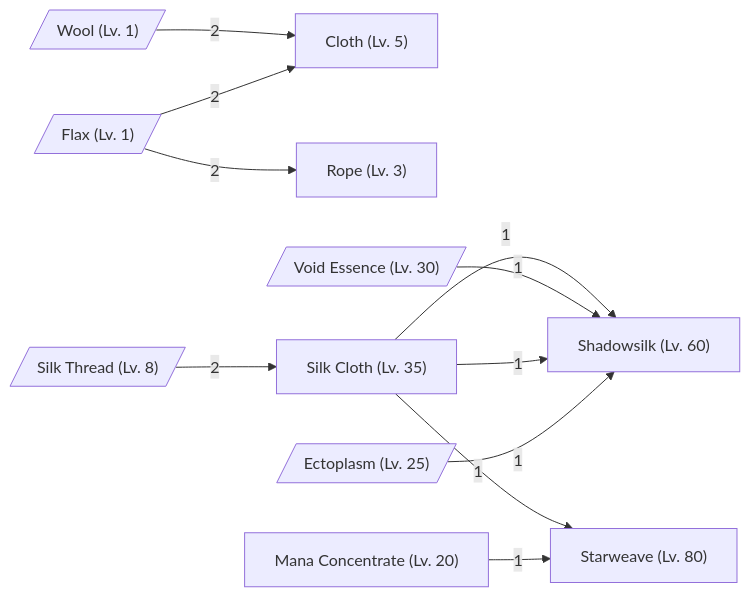
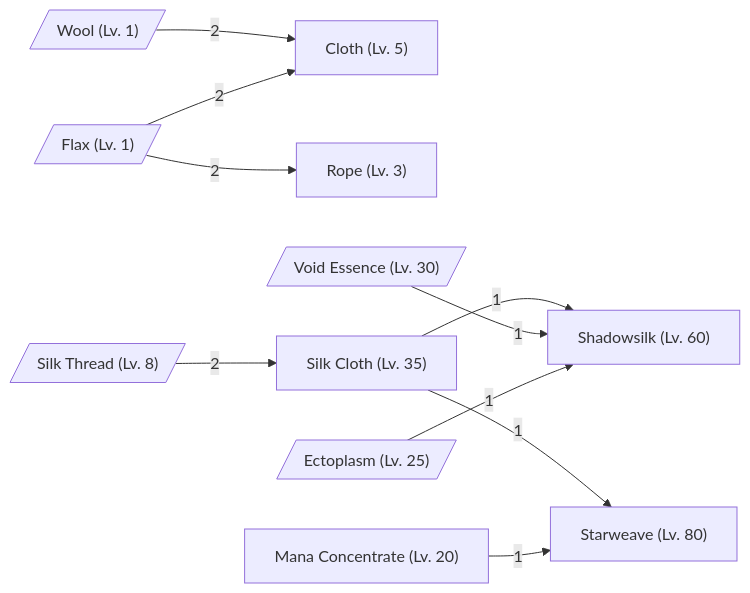
Before and after one commit to tfelix/bestia-docs: the fifth of 13 diagrams in content/docs/mechanics/items-crafting/crafting-chains-generated.md, drawn with Mermaid. The commit also changed other lines of this file, not shown here.

````diff
--- a/content/docs/mechanics/items-crafting/crafting-chains-generated.md
+++ b/content/docs/mechanics/items-crafting/crafting-chains-generated.md
@@ -645,24 +654,23 @@
 ```mermaid
 graph LR
     cloth["Cloth (Lv. 5)"]
     wool[/"Wool (Lv. 1)"/]
     wool -->|2| cloth
     flax[/"Flax (Lv. 1)"/]
     flax -->|2| cloth
     rope["Rope (Lv. 3)"]
     flax -->|2| rope
     silk_cloth["Silk Cloth (Lv. 35)"]
     silk_thread[/"Silk Thread (Lv. 8)"/]
     silk_thread -->|2| silk_cloth
     shadowsilk["Shadowsilk (Lv. 60)"]
     silk_cloth -->|1| shadowsilk
     void_essence[/"Void Essence (Lv. 30)"/]
     void_essence -->|1| shadowsilk
-    silk_cloth -->|1| shadowsilk
     ectoplasm[/"Ectoplasm (Lv. 25)"/]
     ectoplasm -->|1| shadowsilk
     starweave["Starweave (Lv. 80)"]
     silk_cloth -->|1| starweave
     mana_concentrate["Mana Concentrate (Lv. 20)"]
     mana_concentrate -->|1| starweave
 ```
````
